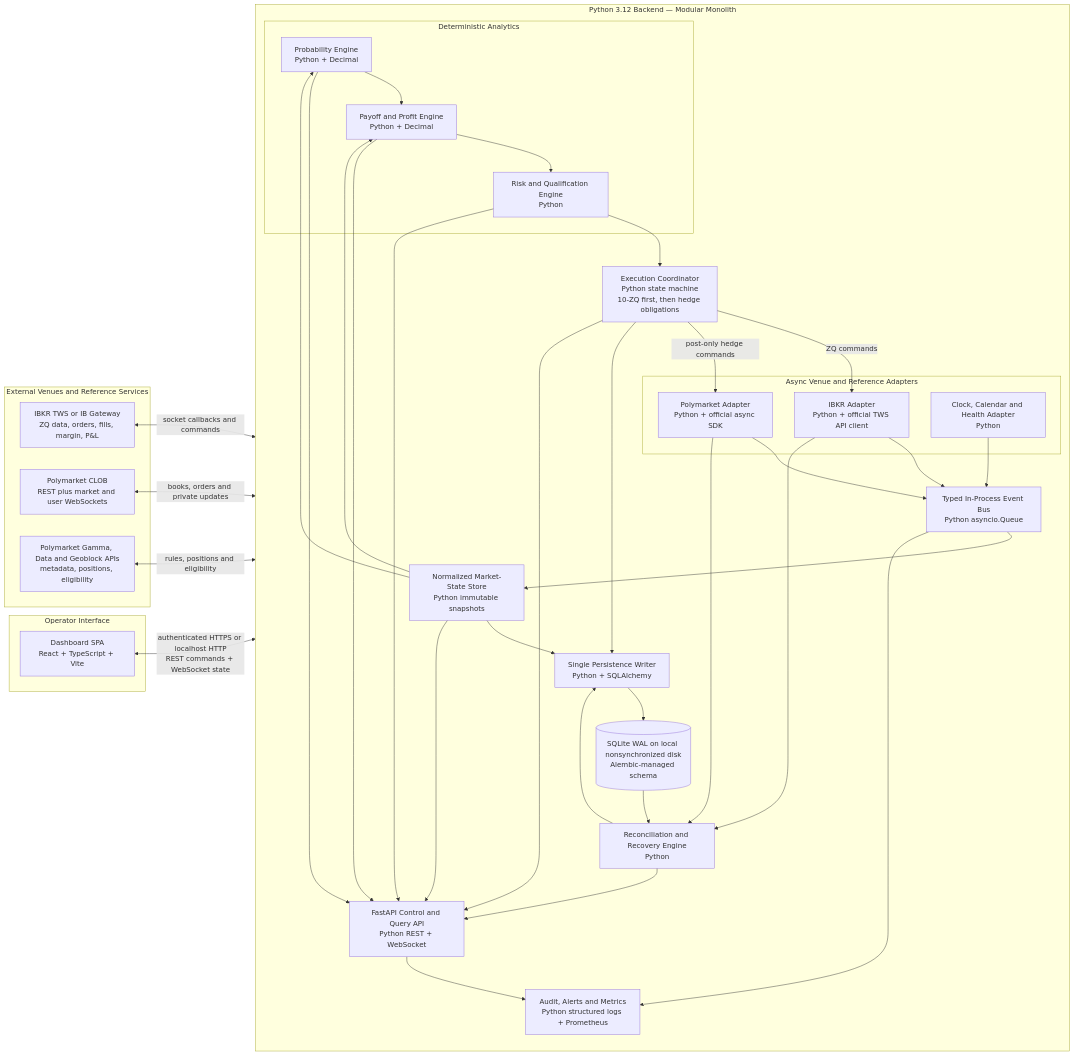
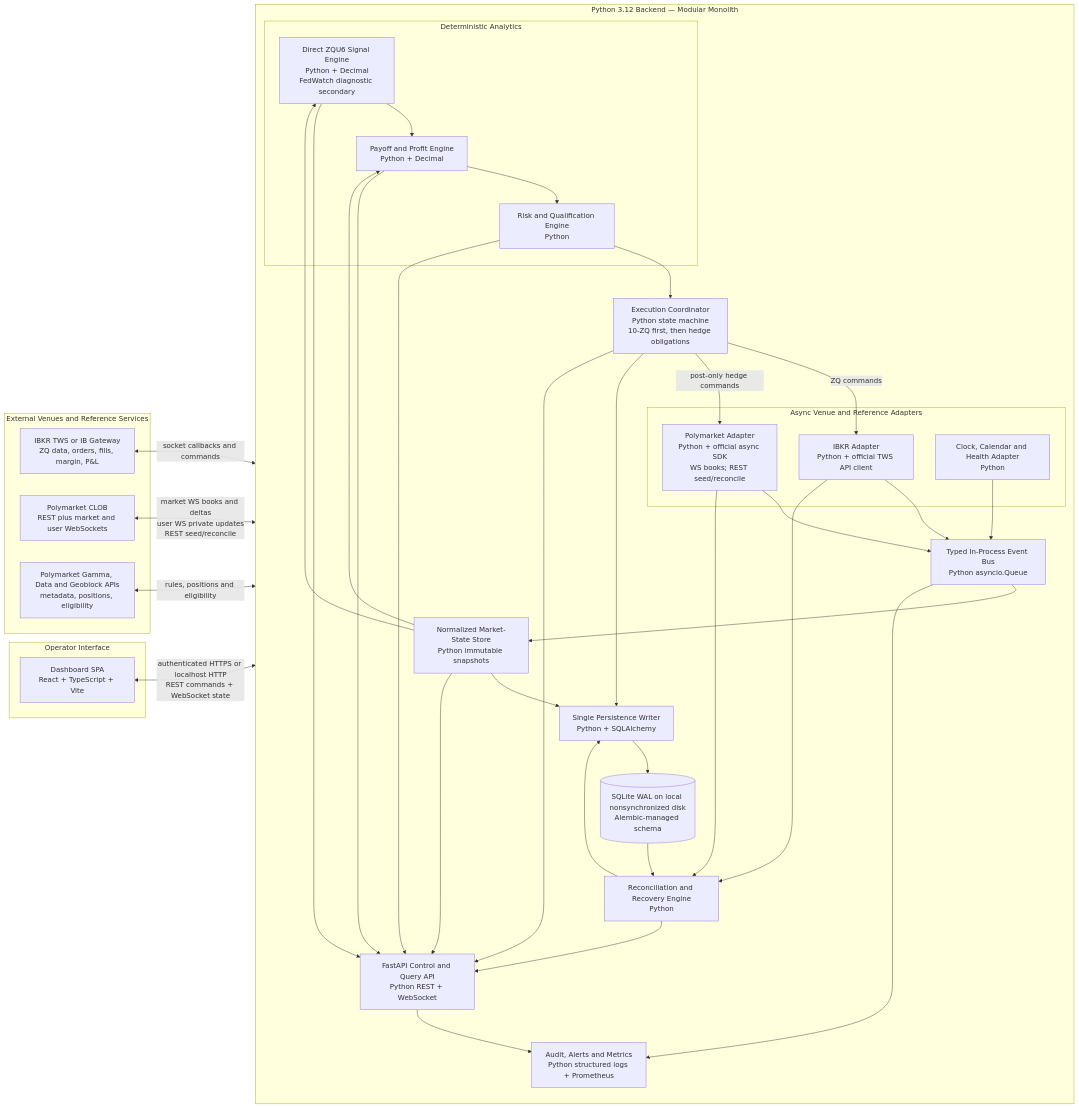
One commit to yzy0806/Poly-ZQ-trading changed the diagram in ZQ_POLYMARKET_ARBITRAGE_ENGINE_DESIGN.md. Above: the diagram before and after it, drawn with Mermaid. The commit also changed other lines of this file and 20 other files, not shown here.

````diff
--- a/ZQ_POLYMARKET_ARBITRAGE_ENGINE_DESIGN.md
+++ b/ZQ_POLYMARKET_ARBITRAGE_ENGINE_DESIGN.md
@@ -551,70 +585,70 @@
 ```mermaid
 flowchart LR
     subgraph VENUES[External Venues and Reference Services]
         IBKR["IBKR TWS or IB Gateway<br/>ZQ data, orders, fills, margin, P&L"]
         POLY["Polymarket CLOB<br/>REST plus market and user WebSockets"]
         META["Polymarket Gamma, Data and Geoblock APIs<br/>metadata, positions, eligibility"]
     end
 
     subgraph BACKEND[Python 3.12 Backend — Modular Monolith]
         direction TB
 
         subgraph ADAPTERS[Async Venue and Reference Adapters]
             IBA["IBKR Adapter<br/>Python + official TWS API client"]
-            PMA["Polymarket Adapter<br/>Python + official async SDK"]
+            PMA["Polymarket Adapter<br/>Python + official async SDK<br/>WS books; REST seed/reconcile"]
             TMA["Clock, Calendar and Health Adapter<br/>Python"]
         end
 
         BUS["Typed In-Process Event Bus<br/>Python asyncio.Queue"]
         STATE["Normalized Market-State Store<br/>Python immutable snapshots"]
 
         subgraph ANALYTICS[Deterministic Analytics]
-            PROB["Probability Engine<br/>Python + Decimal"]
+            PROB["Direct ZQU6 Signal Engine<br/>Python + Decimal<br/>FedWatch diagnostic secondary"]
             PAYOFF["Payoff and Profit Engine<br/>Python + Decimal"]
             RISK["Risk and Qualification Engine<br/>Python"]
         end
 
         EXEC["Execution Coordinator<br/>Python state machine<br/>10-ZQ first, then hedge obligations"]
         RECON["Reconciliation and Recovery Engine<br/>Python"]
         WRITER["Single Persistence Writer<br/>Python + SQLAlchemy"]
         DB[("SQLite WAL on local nonsynchronized disk<br/>Alembic-managed schema")]
         API["FastAPI Control and Query API<br/>Python REST + WebSocket"]
         OBS["Audit, Alerts and Metrics<br/>Python structured logs + Prometheus"]
     end
 
     subgraph FRONTEND[Operator Interface]
         WEB["Dashboard SPA<br/>React + TypeScript + Vite"]
     end
 
     IBKR <-->|"socket callbacks and commands"| IBA
-    POLY <-->|"books, orders and private updates"| PMA
+    POLY <-->|"market WS books and deltas<br/>user WS private updates<br/>REST seed/reconcile"| PMA
     META <-->|"rules, positions and eligibility"| PMA
 
     IBA --> BUS
     PMA --> BUS
     TMA --> BUS
     BUS --> STATE
     STATE --> PROB
     STATE --> PAYOFF
     PROB --> PAYOFF
     PAYOFF --> RISK
     RISK --> EXEC
     EXEC -->|"ZQ commands"| IBA
     EXEC -->|"post-only hedge commands"| PMA
     IBA --> RECON
     PMA --> RECON
     EXEC --> WRITER
     RECON --> WRITER
     STATE --> WRITER
     WRITER --> DB
     DB --> RECON
     STATE --> API
     PROB --> API
     PAYOFF --> API
     RISK --> API
     EXEC --> API
     RECON --> API
     API --> OBS
     BUS --> OBS
     WEB <-->|"authenticated HTTPS or localhost HTTP<br/>REST commands + WebSocket state"| API
 ```
````
